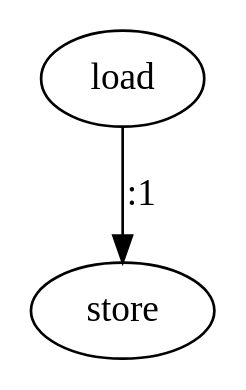
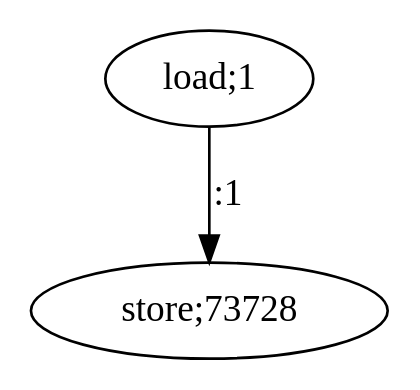
Before and after one commit to nikhilsambhus/MASc-graphDots: the diagram in rnet18_2.dot, drawn with Graphviz. The commit also changed 51 other files, not shown here.

```diff
--- a/rnet18_2.dot
+++ b/rnet18_2.dot
@@ -1,6 +1,6 @@
 digraph  {
-   0 [label="load"];
-   1 [label="store"];
+   0 [label="load;1"];
+   1 [label="store;73728"];
 
    0->1 [label=":1"]
 }
```
